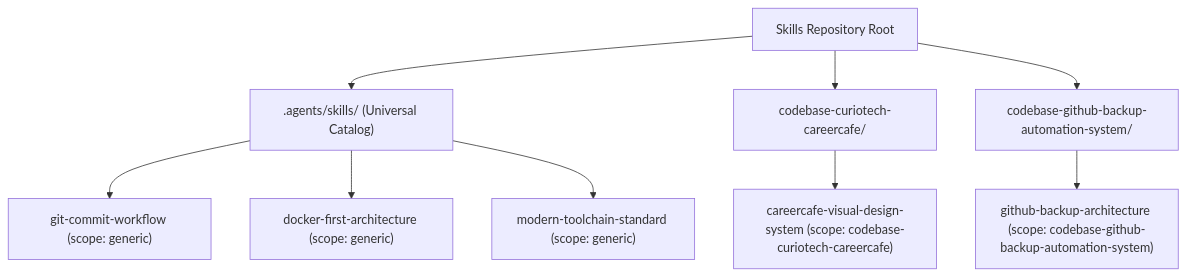
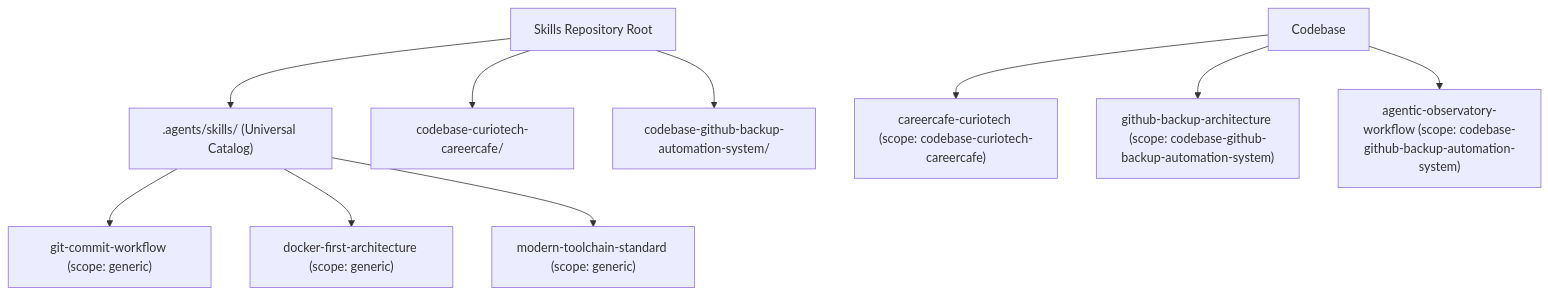
Before and after one commit to Career-Cafe/agent-skills-hub-sync-engine: the diagram in .agents/skills/skill-taxonomy-and-scope-governance/SKILL.md, drawn with Mermaid. The commit also changed 10 other files, not shown here.

Commit message:
feat(skills): organize CareerCafe skills under .agents/skills/careercafe-curiotech/<skill name>.md

````diff
--- a/.agents/skills/skill-taxonomy-and-scope-governance/SKILL.md
+++ b/.agents/skills/skill-taxonomy-and-scope-governance/SKILL.md
@@ -23,14 +23,15 @@
 ```mermaid
 flowchart TD
     Catalog[Skills Repository Root]
     Catalog --> Generic[".agents/skills/ (Universal Catalog)"]
     Catalog --> Codebase1["codebase-curiotech-careercafe/"]
     Catalog --> Codebase2["codebase-github-backup-automation-system/"]
 
     Generic --> G1["git-commit-workflow (scope: generic)"]
     Generic --> G2["docker-first-architecture (scope: generic)"]
     Generic --> G3["modern-toolchain-standard (scope: generic)"]
 
-    Codebase1 --> C1["careercafe-visual-design-system (scope: codebase-curiotech-careercafe)"]
-    Codebase2 --> C2["github-backup-architecture (scope: codebase-github-backup-automation-system)"]
+    Codebase --> C1["careercafe-curiotech (scope: codebase-curiotech-careercafe)"]
+    Codebase --> C2["github-backup-architecture (scope: codebase-github-backup-automation-system)"]
+    Codebase --> C3["agentic-observatory-workflow (scope: codebase-github-backup-automation-system)"]
 ```
````
